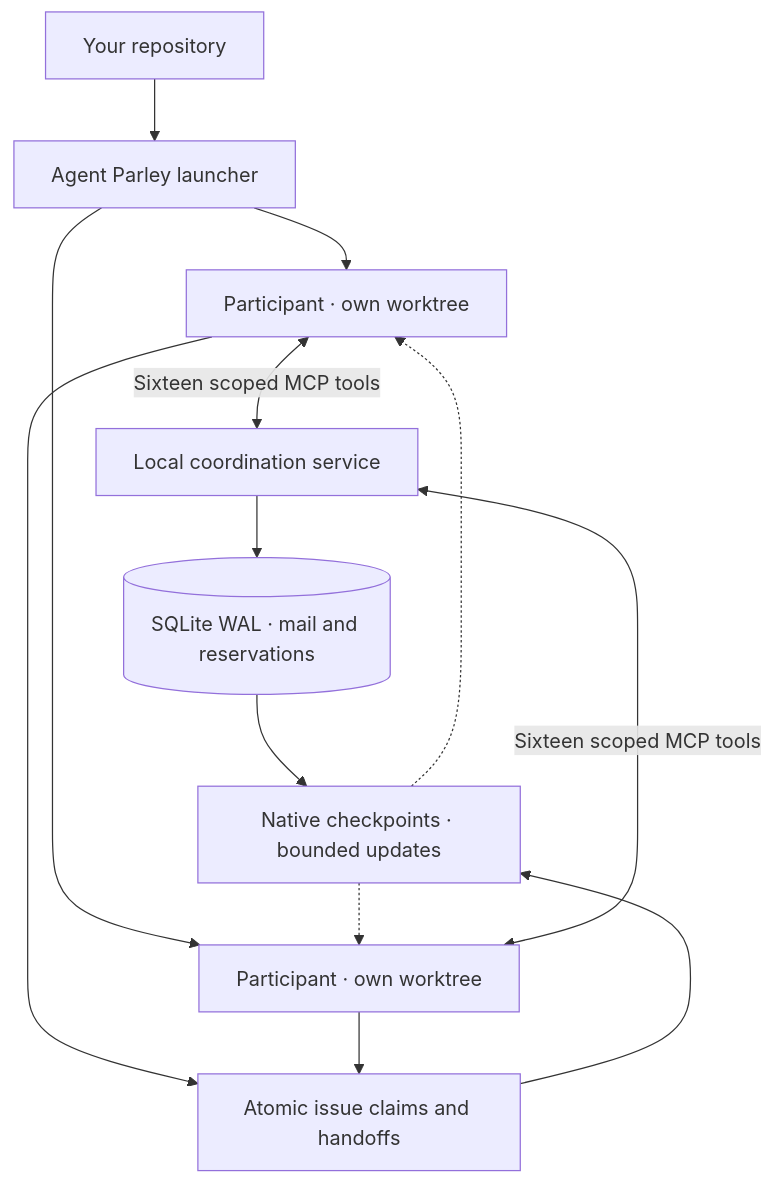
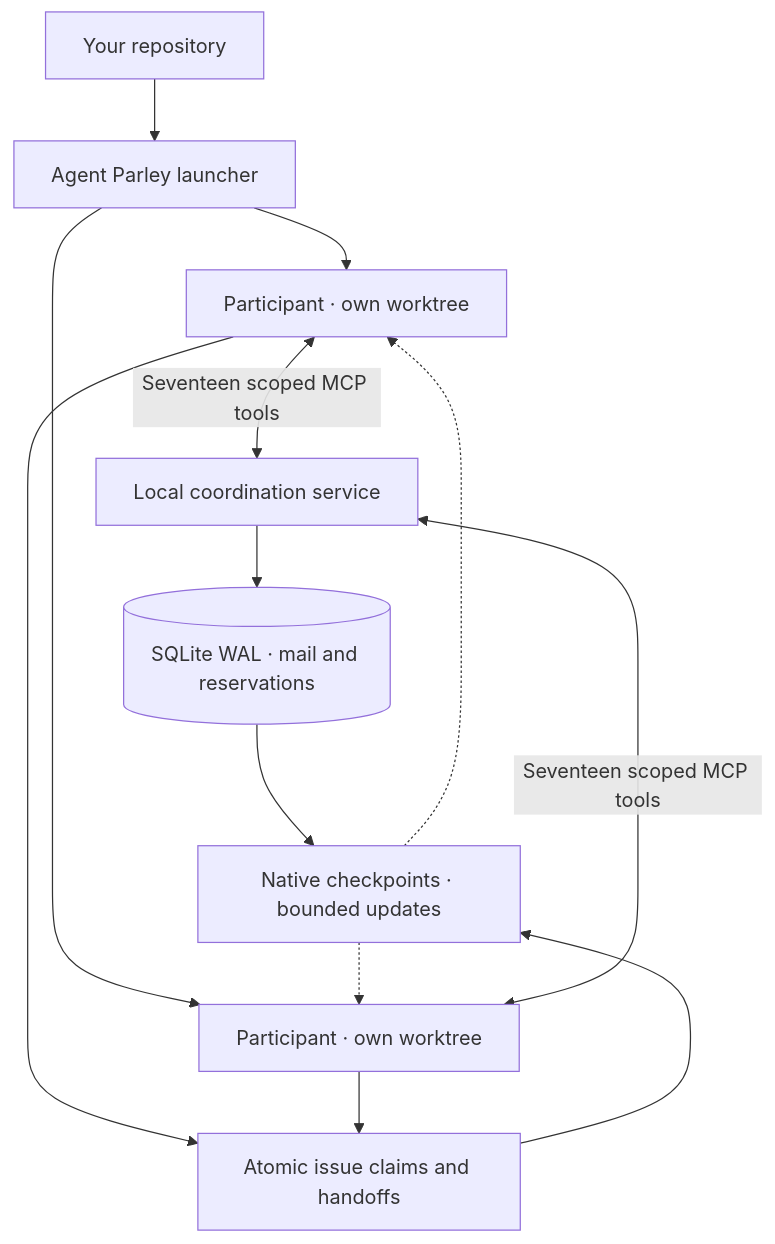
The diagram in README.md (suneel944/agent-parley), drawn with Mermaid before and after one commit. The commit also changed other lines of this file and 69 other files, not shown here.

````diff
--- a/README.md
+++ b/README.md
@@ -345,15 +365,15 @@
 ```mermaid
 flowchart TD
     Repo[Your repository] --> Launcher[Agent Parley launcher]
     Launcher --> Claude[Participant · own worktree]
     Launcher --> Codex[Participant · own worktree]
-    Claude <-->|Sixteen scoped MCP tools| Server[Local coordination service]
-    Codex <-->|Sixteen scoped MCP tools| Server
+    Claude <-->|Seventeen scoped MCP tools| Server[Local coordination service]
+    Codex <-->|Seventeen scoped MCP tools| Server
     Server --> DB[(SQLite WAL · mail and reservations)]
     Claude --> Claims[Atomic issue claims and handoffs]
     Codex --> Claims
     DB --> Hooks[Native checkpoints · bounded updates]
     Claims --> Hooks
     Hooks -.-> Claude
     Hooks -.-> Codex
 ```
````
